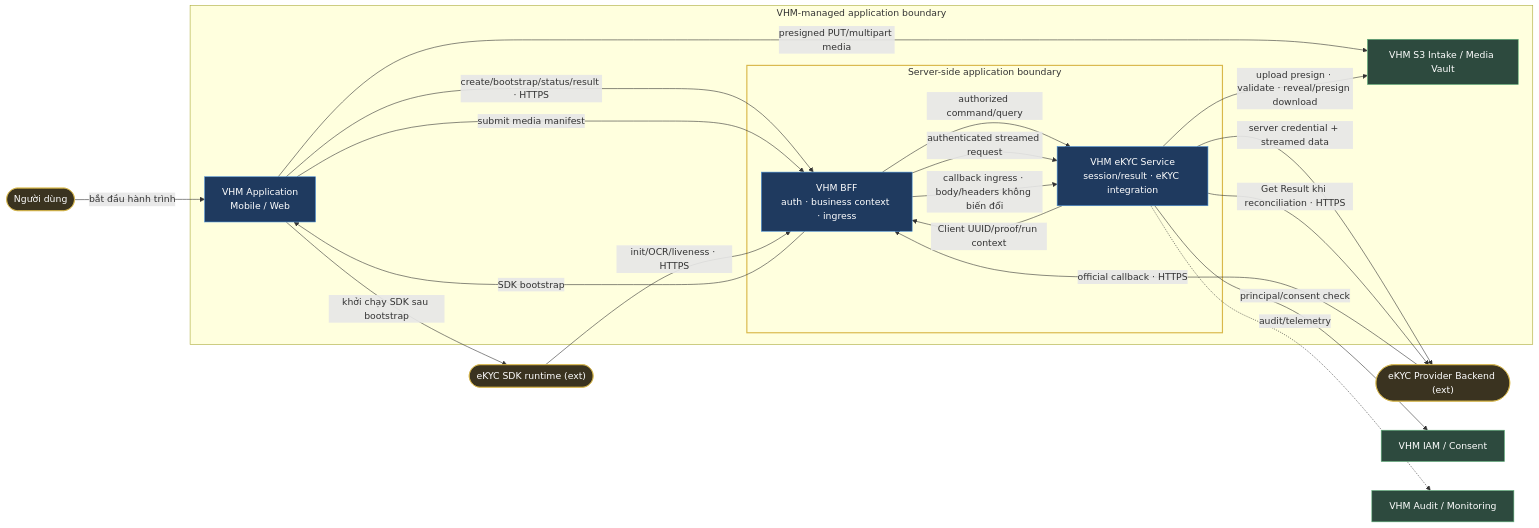
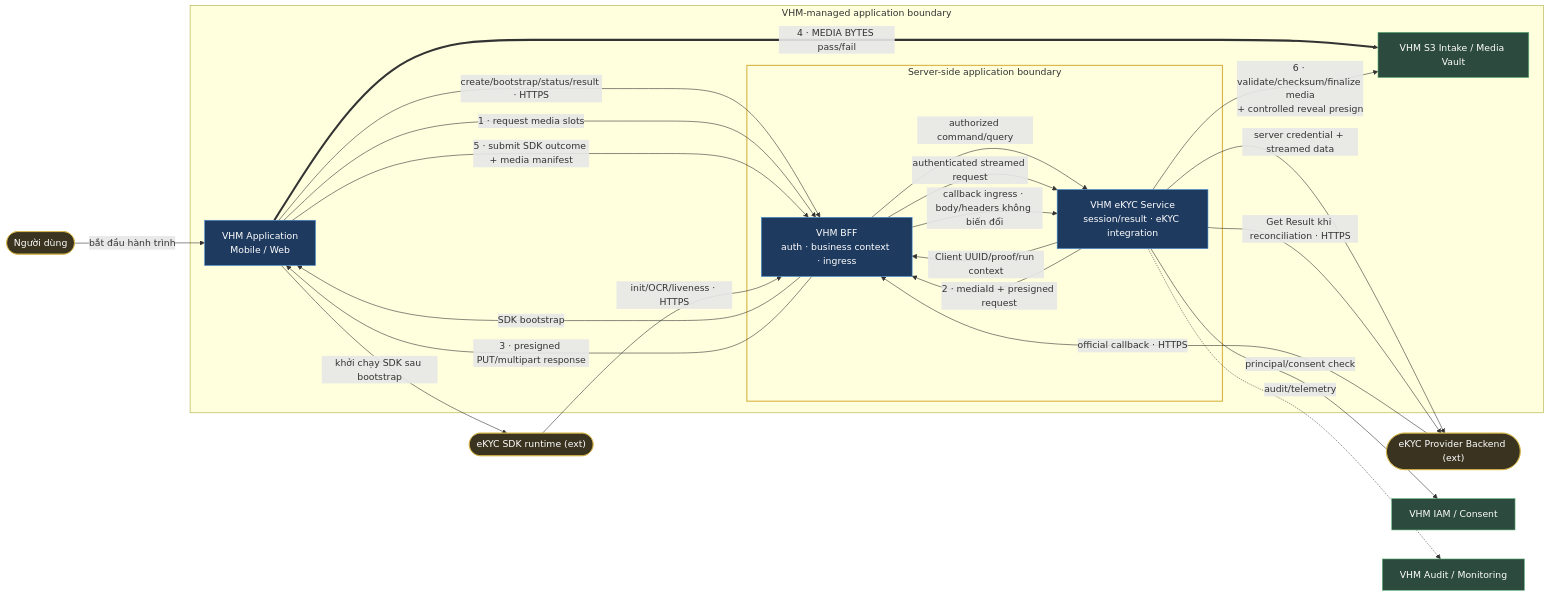
One commit to huynv-xyz/vhm changed the second of 19 diagrams in tdd2.md. Above: the diagram before and after it, drawn with Mermaid. The commit also changed other lines of this file, not shown here.

````diff
--- a/tdd2.md
+++ b/tdd2.md
@@ -408,40 +411,43 @@
 ```mermaid
 flowchart LR
     USER(["Người dùng"]):::entity
     SDK(["eKYC SDK runtime (ext)"]):::entity
     BACKEND(["eKYC Provider Backend (ext)"]):::entity
     IAM["VHM IAM / Consent"]:::owned
     OBS["VHM Audit / Monitoring"]:::owned
 
     subgraph SYS["VHM-managed application boundary"]
         APP["VHM Application<br/>Mobile / Web"]:::bc
         S3["VHM S3 Intake / Media Vault"]:::owned
         subgraph VHMBE["Server-side application boundary"]
             BFF["VHM BFF<br/>auth · business context · ingress"]:::bc
             EKYC_SERVICE["VHM eKYC Service<br/>session/result · eKYC integration"]:::bc
         end
     end
 
     USER -->|bắt đầu hành trình| APP
     APP -->|create/bootstrap/status/result · HTTPS| BFF
+    APP -->|1 · request media slots| BFF
     BFF -->|authorized command/query| EKYC_SERVICE
     EKYC_SERVICE -->|Client UUID/proof/run context| BFF
     BFF -->|SDK bootstrap| APP
     APP -->|khởi chạy SDK sau bootstrap| SDK
-    APP -->|presigned PUT/multipart media| S3
-    APP -->|submit media manifest| BFF
+    EKYC_SERVICE -->|2 · mediaId + presigned request| BFF
+    BFF -->|3 · presigned PUT/multipart response| APP
+    APP ==>|4 · MEDIA BYTES pass/fail| S3
+    APP -->|5 · submit SDK outcome + media manifest| BFF
     SDK -->|init/OCR/liveness · HTTPS| BFF
     BFF -->|authenticated streamed request| EKYC_SERVICE
     EKYC_SERVICE -->|server credential + streamed data| BACKEND
     BACKEND -->|official callback · HTTPS| BFF
     BFF -->|callback ingress · body/headers không biến đổi| EKYC_SERVICE
     EKYC_SERVICE -->|Get Result khi reconciliation · HTTPS| BACKEND
     EKYC_SERVICE -->|principal/consent check| IAM
-    EKYC_SERVICE -->|upload presign · validate · reveal/presign download| S3
+    EKYC_SERVICE -->|6 · validate/checksum/finalize media<br/>+ controlled reveal presign| S3
     EKYC_SERVICE -.->|audit/telemetry| OBS
 
     classDef bc fill:#1f3a5f,stroke:#4a90d9,color:#fff;
     classDef owned fill:#2d4a3e,stroke:#5fb37a,color:#fff;
     classDef entity fill:#3a3320,stroke:#d9b84a,color:#fff;
     style VHMBE stroke:#d9b84a,stroke-width:2px
 ```
````
